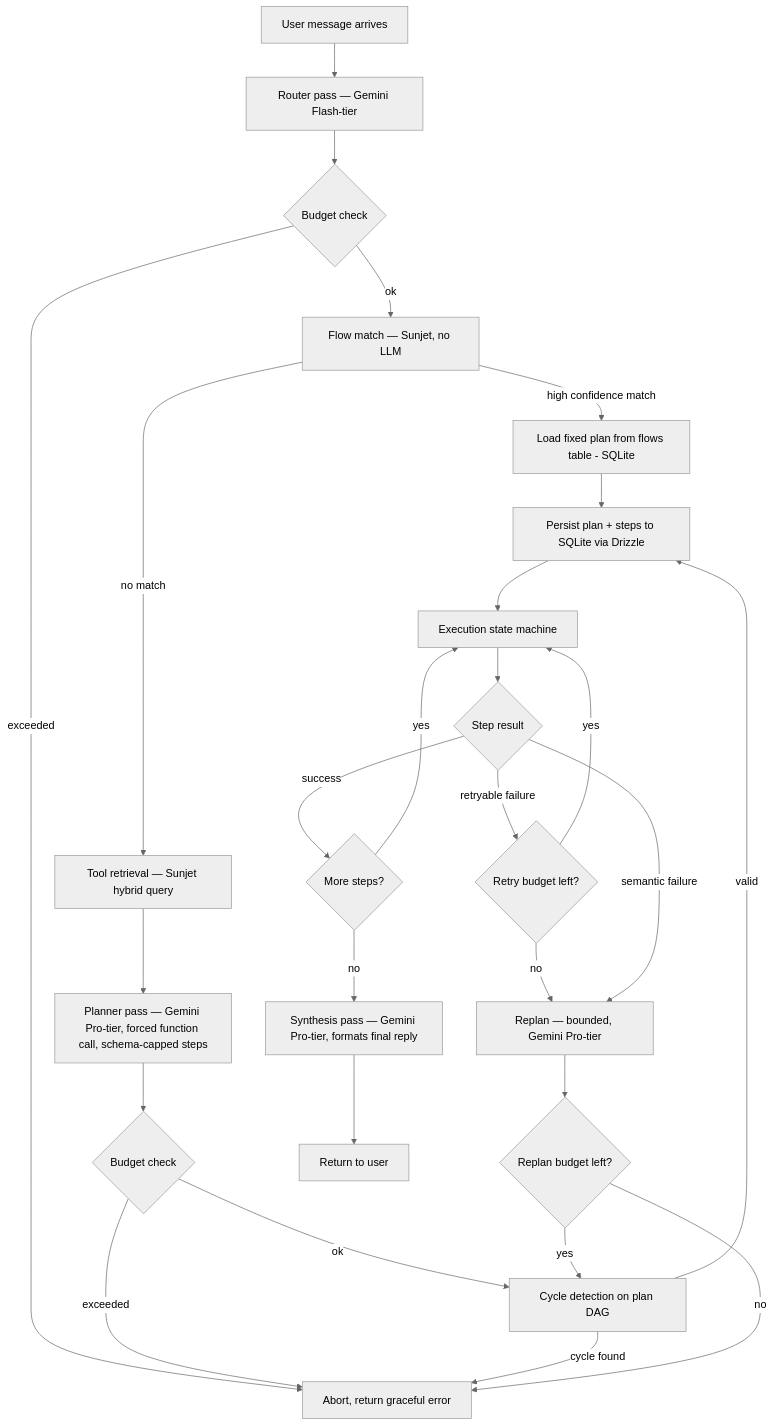
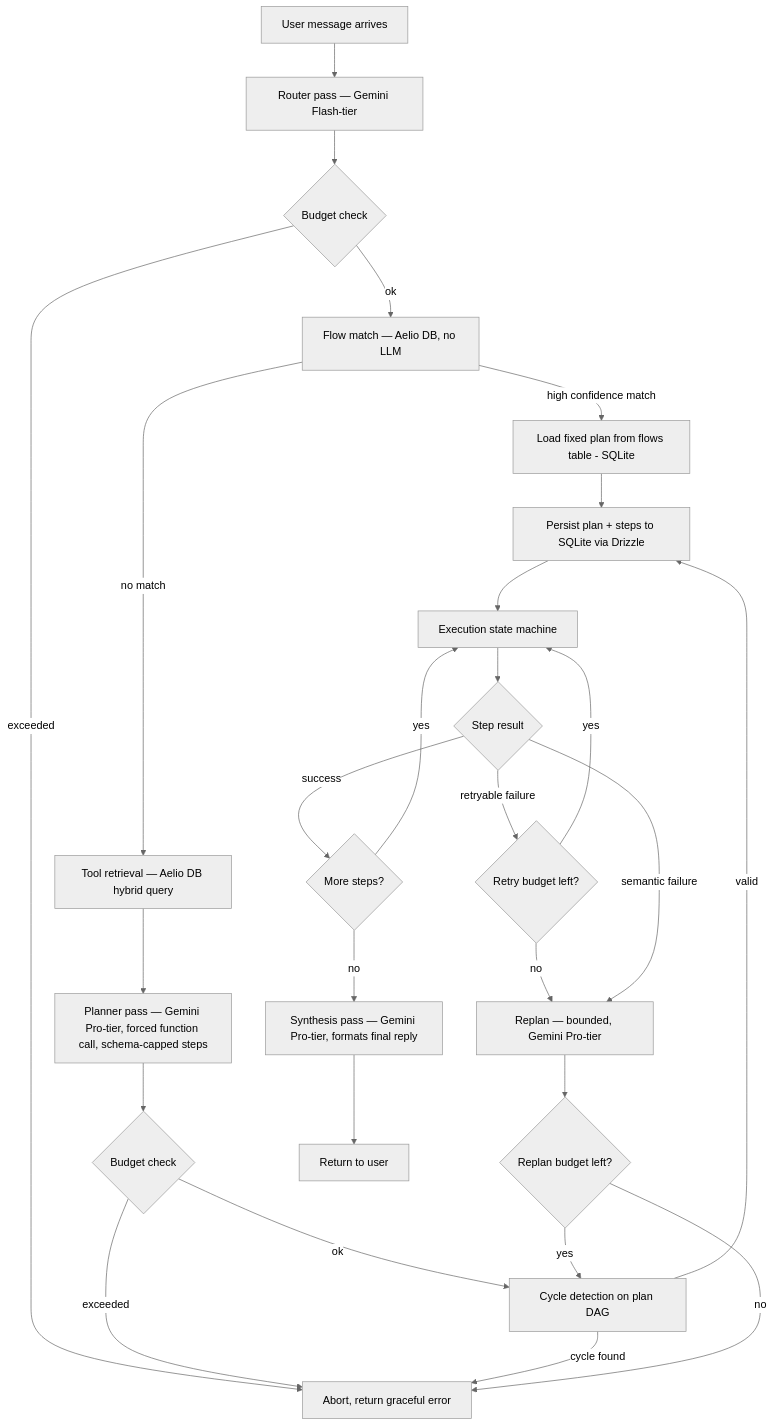
Before and after one commit to sanjithVprabhu/AelioConvox: the diagram in docs/system.md, drawn with Mermaid (neutral theme). The commit also changed other lines of this file and 571 other files, not shown here.

````diff
--- a/docs/system.md
+++ b/docs/system.md
@@ -30,29 +30,29 @@
 ```mermaid
 flowchart TD
     A[User message arrives] --> B[Router pass — Gemini Flash-tier]
     B --> C{Budget check}
     C -->|exceeded| Z[Abort, return graceful error]
-    C -->|ok| D[Flow match — Sunjet, no LLM]
+    C -->|ok| D[Flow match — Aelio DB, no LLM]
     D -->|high confidence match| E[Load fixed plan from flows table - SQLite]
-    D -->|no match| F[Tool retrieval — Sunjet hybrid query]
+    D -->|no match| F[Tool retrieval — Aelio DB hybrid query]
     F --> G[Planner pass — Gemini Pro-tier, forced function call, schema-capped steps]
     G --> H{Budget check}
     H -->|exceeded| Z
     H -->|ok| I[Cycle detection on plan DAG]
     I -->|cycle found| Z
     I -->|valid| J[Persist plan + steps to SQLite via Drizzle]
     E --> J
     J --> K[Execution state machine]
     K --> L{Step result}
     L -->|success| M{More steps?}
     M -->|yes| K
     M -->|no| N[Synthesis pass — Gemini Pro-tier, formats final reply]
     L -->|retryable failure| O{Retry budget left?}
     O -->|yes| K
     O -->|no| P[Replan — bounded, Gemini Pro-tier]
     L -->|semantic failure| P
     P --> Q{Replan budget left?}
     Q -->|yes| I
     Q -->|no| Z
     N --> R[Return to user]
 ```
````
